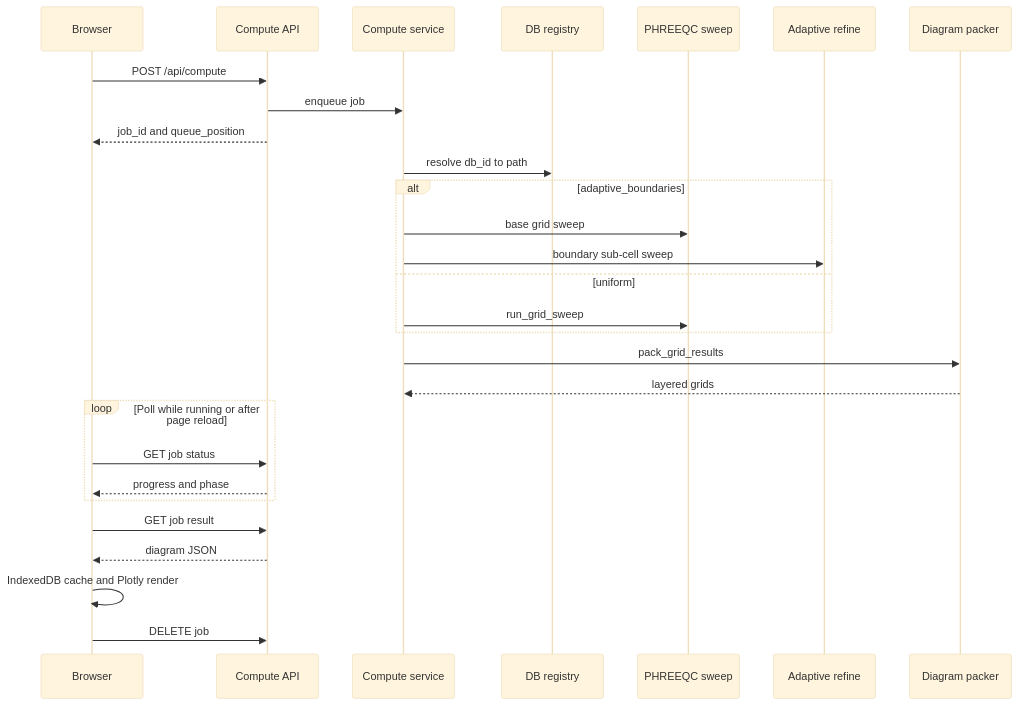
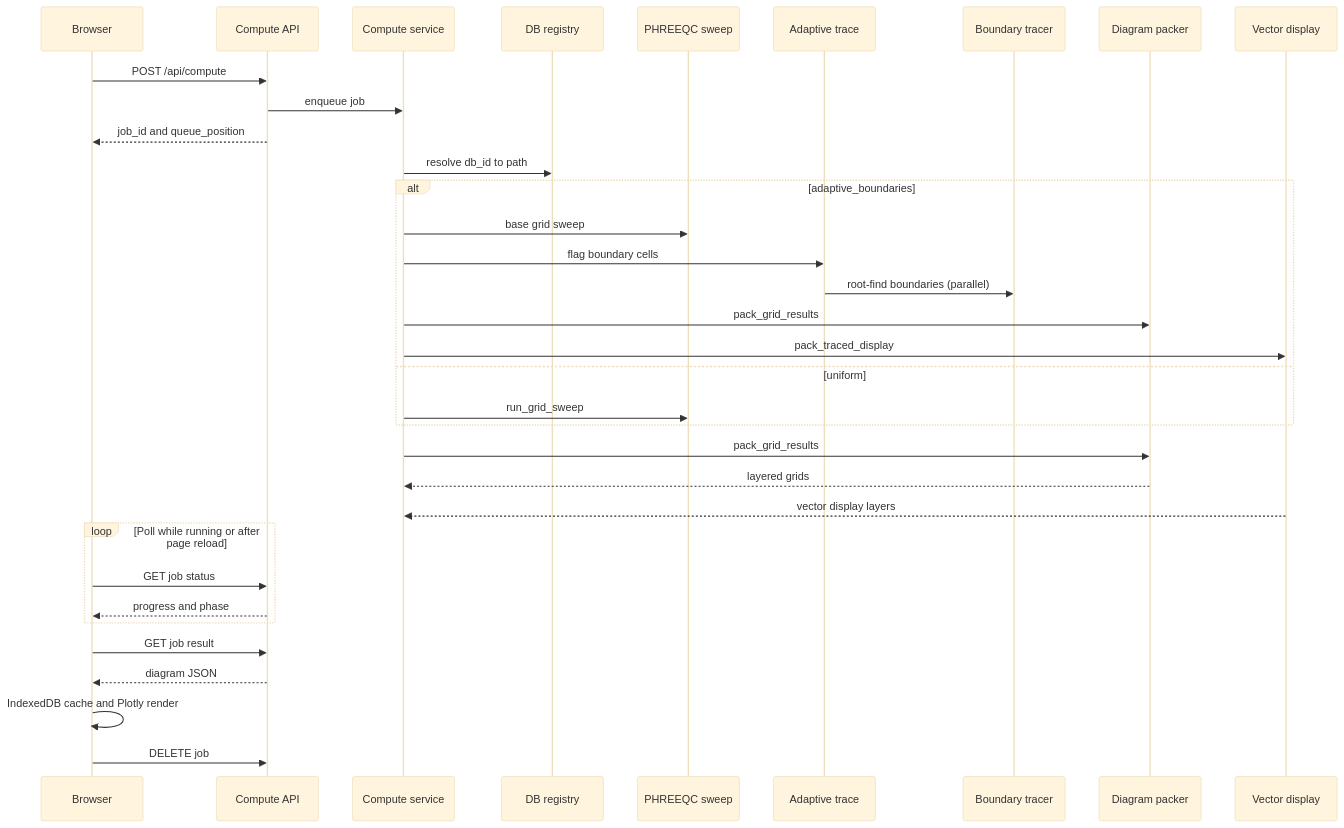
One commit to Matteo-Loche/Phaser changed the second of 2 diagrams in README.md. Above: the diagram before and after it, drawn with Mermaid (base theme). The commit also changed other lines of this file and 10 other files, not shown here.

````diff
--- a/README.md
+++ b/README.md
@@ -438,31 +471,37 @@
 ```mermaid
 sequenceDiagram
     participant UI as Browser
     participant API as Compute API
     participant Job as Compute service
     participant Reg as DB registry
     participant Sw as PHREEQC sweep
-    participant Ad as Adaptive refine
+    participant Ad as Adaptive trace
+    participant Tr as Boundary tracer
     participant Pack as Diagram packer
+    participant Vec as Vector display
 
     UI->>API: POST /api/compute
     API->>Job: enqueue job
     API-->>UI: job_id and queue_position
     Job->>Reg: resolve db_id to path
     alt adaptive_boundaries
         Job->>Sw: base grid sweep
-        Job->>Ad: boundary sub-cell sweep
+        Job->>Ad: flag boundary cells
+        Ad->>Tr: root-find boundaries (parallel)
+        Job->>Pack: pack_grid_results
+        Job->>Vec: pack_traced_display
     else uniform
         Job->>Sw: run_grid_sweep
     end
     Job->>Pack: pack_grid_results
     Pack-->>Job: layered grids
+    Vec-->>Job: vector display layers
     loop Poll while running or after page reload
         UI->>API: GET job status
         API-->>UI: progress and phase
     end
     UI->>API: GET job result
     API-->>UI: diagram JSON
     UI->>UI: IndexedDB cache and Plotly render
     UI->>API: DELETE job
 ```
````
